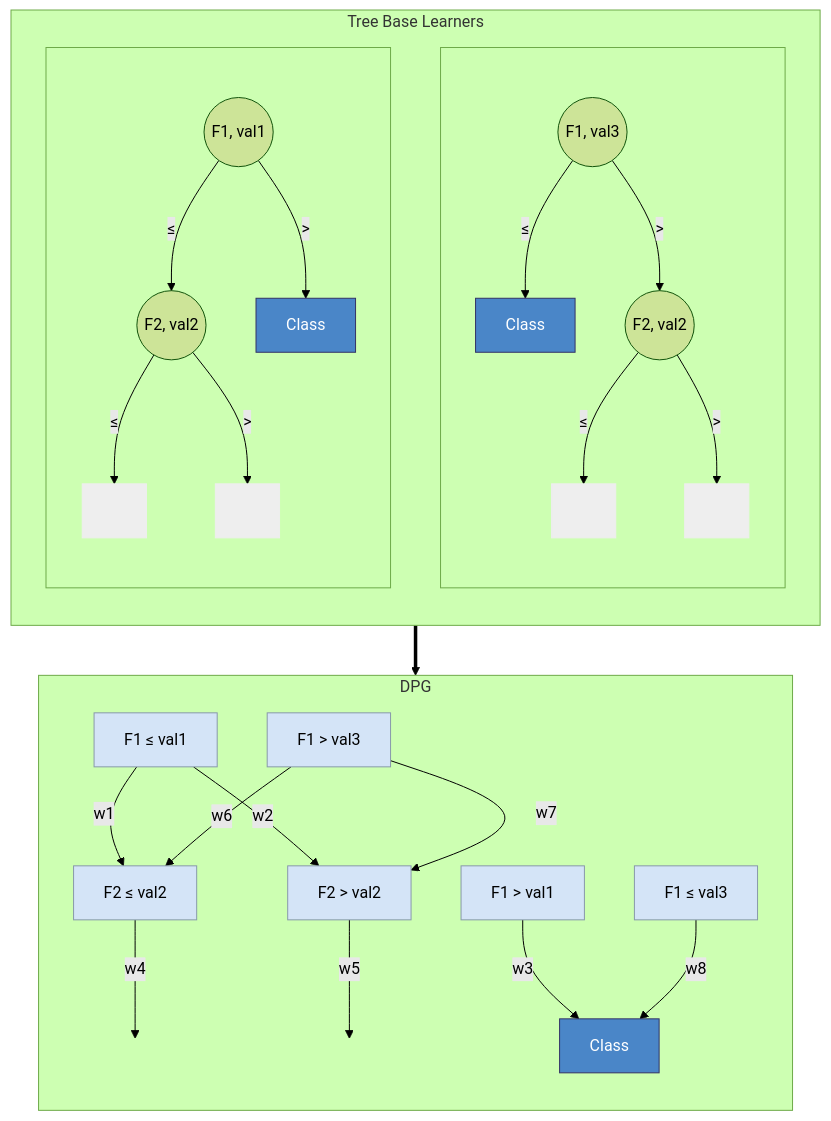
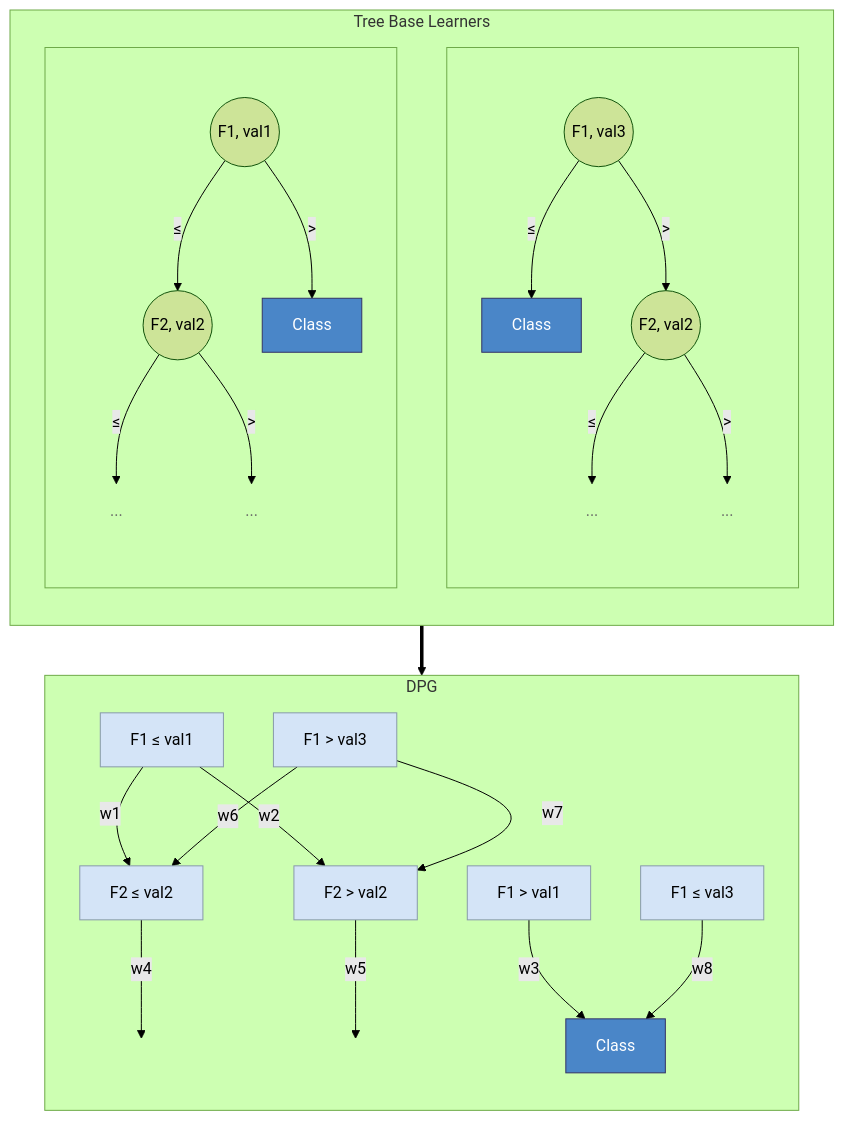
Before and after one commit to Meta-Group/DPG: the diagram in README.md, drawn with Mermaid (forest theme).

Commit message:
Replace dots with ellipses in diagram

````diff
--- a/README.md
+++ b/README.md
@@ -29,75 +29,75 @@
 ```mermaid
 flowchart TB
     subgraph trees ["Tree Base Learners"]
         direction TB
         subgraph tree2 [" "]
             direction TB
             T2R(("F1, val3"))
             T2C["Class"]
             T2L(("F2, val2"))
-            T2RL["·"]
-            T2RR["·"]
+            T2RL["..."]
+            T2RR["..."]
             T2R -- "≤" --> T2C
             T2R -- ">" --> T2L
             T2L -- "≤" --> T2RL
             T2L -- ">" --> T2RR
         end
         subgraph tree1 [" "]
             direction TB
             T1R(("F1, val1"))
             T1L(("F2, val2"))
             T1C["Class"]
-            T1LL["·"]
-            T1LR["·"]
+            T1LL["..."]
+            T1LR["..."]
             T1R -- "≤" --> T1L
             T1R -- ">" --> T1C
             T1L -- "≤" --> T1LL
             T1L -- ">" --> T1LR
         end
     end
 
     trees ==> dpg
 
     subgraph dpg ["DPG"]
         direction TB
         
         E["F2 ≤ val2"]
         FF["F2 > val2"]
         G["Class"]
 
         E -- "w4" --> Eout
         FF -- "w5" --> Fout
 
 
 
         A["F1 ≤ val1"]
         B["F1 > val3"]
         C["F1 > val1"]
         D["F1 ≤ val3"]
         Eout((" "))
         Fout((" "))
 
         A -- "w1" --> E
         A -- "w2" --> FF
         B -- "w6" --> E
         B -- "w7" --> FF
         C -- "w3" --> G
         D -- "w8" --> G
     end
 
     style T1C fill:#4a86c8,color:#fff,stroke:#336
     style T2C fill:#4a86c8,color:#fff,stroke:#336
     style G fill:#4a86c8,color:#fff,stroke:#336
     style A fill:#d4e4f7,color:#000,stroke:#89a
     style B fill:#d4e4f7,color:#000,stroke:#89a
     style C fill:#d4e4f7,color:#000,stroke:#89a
     style D fill:#d4e4f7,color:#000,stroke:#89a
     style E fill:#d4e4f7,color:#000,stroke:#89a
     style FF fill:#d4e4f7,color:#000,stroke:#89a
-    style T1LL fill:#eee,color:#eee,stroke:#eee
-    style T1LR fill:#eee,color:#eee,stroke:#eee
-    style T2RL fill:#eee,color:#eee,stroke:#eee
-    style T2RR fill:#eee,color:#eee,stroke:#eee
+    style T1LL fill:transparent,stroke:transparent,color:#666
+    style T1LR fill:transparent,stroke:transparent,color:#666
+    style T2RL fill:transparent,stroke:transparent,color:#666
+    style T2RR fill:transparent,stroke:transparent,color:#666
     style Eout fill:transparent,stroke:transparent,color:transparent
     style Fout fill:transparent,stroke:transparent,color:transparent
 ```
````
